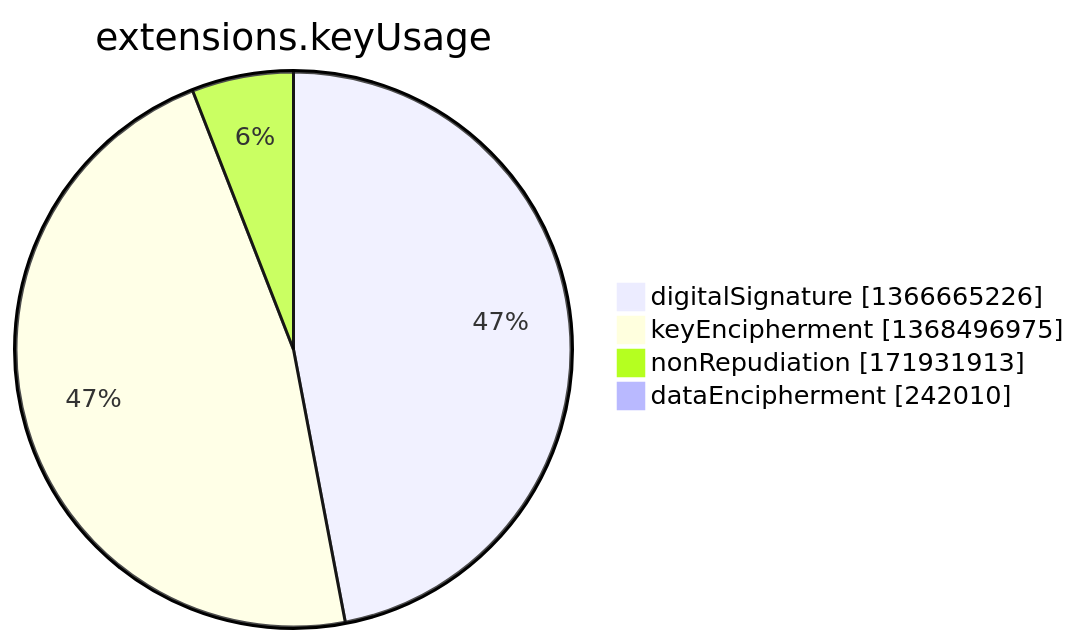
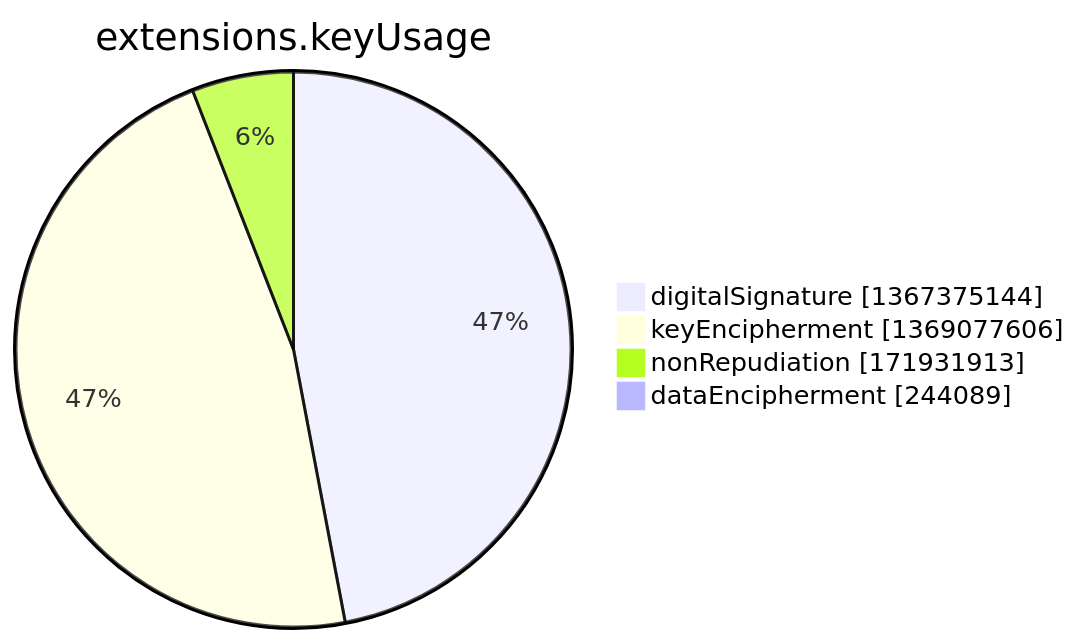
Before and after one commit to christiankrug/ctmonitor_visualization: the seventh of 15 diagrams in argon2022/README.md, drawn with Mermaid. The commit also changed other lines of this file, not shown here.

````diff
--- a/argon2022/README.md
+++ b/argon2022/README.md
@@ -2751,8 +2751,8 @@
 ```mermaid
 pie showData
 title extensions.keyUsage
-"digitalSignature" :1366665226
-"keyEncipherment" :1368496975
+"digitalSignature" :1367375144
+"keyEncipherment" :1369077606
 "nonRepudiation" :171931913
-"dataEncipherment" :242010
+"dataEncipherment" :244089
 ```
````
